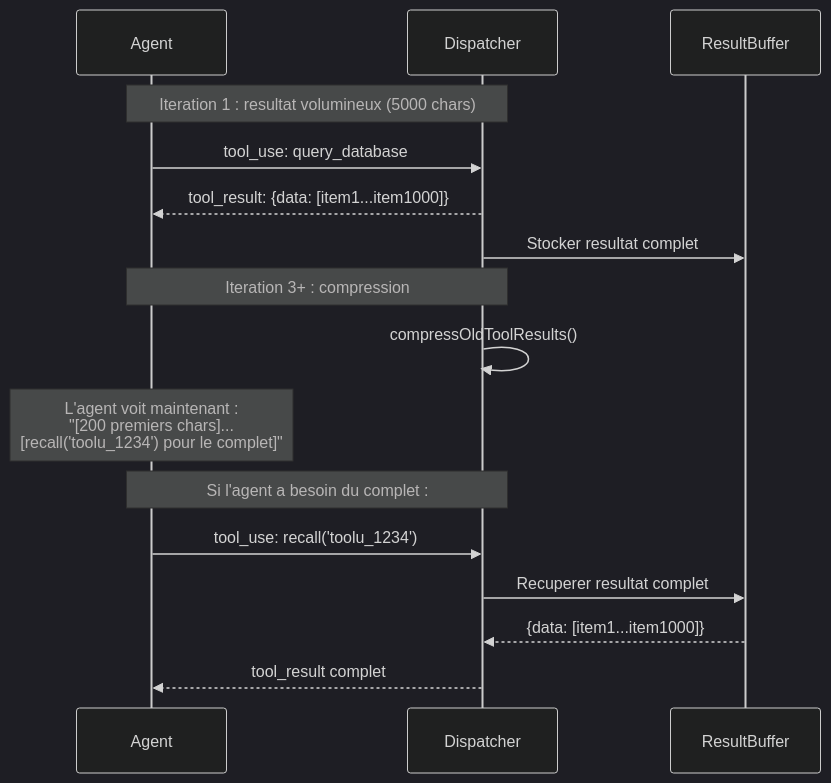
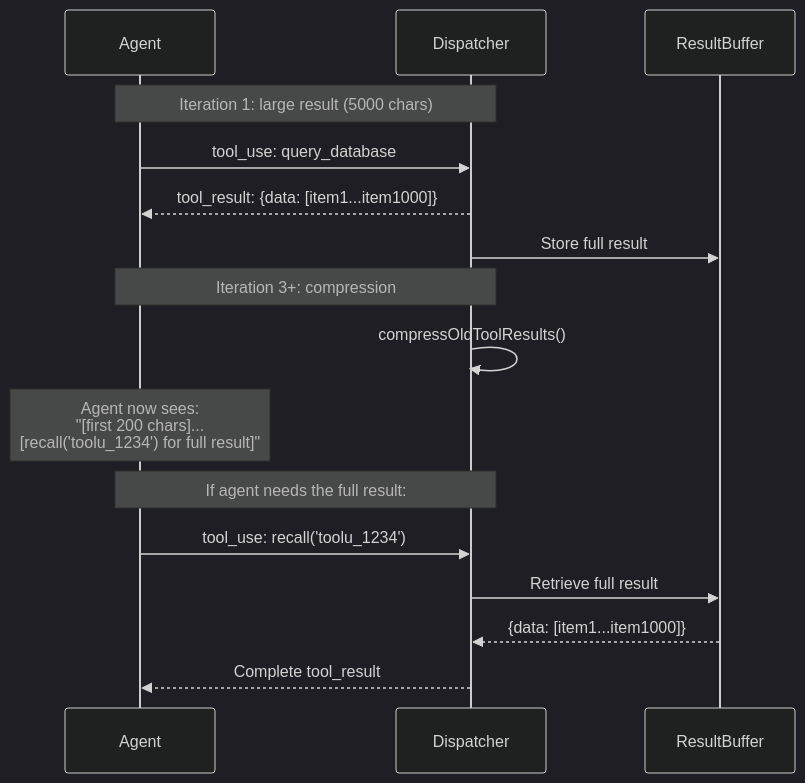
One commit to jeanbaptiste/webmcp-auto-ui changed the fourth of 4 diagrams in docs/starlight/src/content/docs/guide/architecture.mdx. Above: the diagram before and after it, drawn with Mermaid (dark theme). The commit also changed other lines of this file and 94 other files, not shown here.

````diff
--- a/docs/starlight/src/content/docs/guide/architecture.mdx
+++ b/docs/starlight/src/content/docs/guide/architecture.mdx
@@ -400,21 +400,21 @@
 ```mermaid
 sequenceDiagram
     participant A as Agent
     participant D as Dispatcher
     participant B as ResultBuffer
 
-    Note over A,D: Iteration 1 : resultat volumineux (5000 chars)
+    Note over A,D: Iteration 1: large result (5000 chars)
     A->>D: tool_use: query_database
     D-->>A: tool_result: {data: [item1...item1000]}
-    D->>B: Stocker resultat complet
+    D->>B: Store full result
 
-    Note over A,D: Iteration 3+ : compression
+    Note over A,D: Iteration 3+: compression
     D->>D: compressOldToolResults()
-    Note over A: L'agent voit maintenant :<br/>"[200 premiers chars]...<br/>[recall('toolu_1234') pour le complet]"
+    Note over A: Agent now sees:<br/>"[first 200 chars]...<br/>[recall('toolu_1234') for full result]"
 
-    Note over A,D: Si l'agent a besoin du complet :
+    Note over A,D: If agent needs the full result:
     A->>D: tool_use: recall('toolu_1234')
-    D->>B: Recuperer resultat complet
+    D->>B: Retrieve full result
     B-->>D: {data: [item1...item1000]}
-    D-->>A: tool_result complet
+    D-->>A: Complete tool_result
 ```
````
